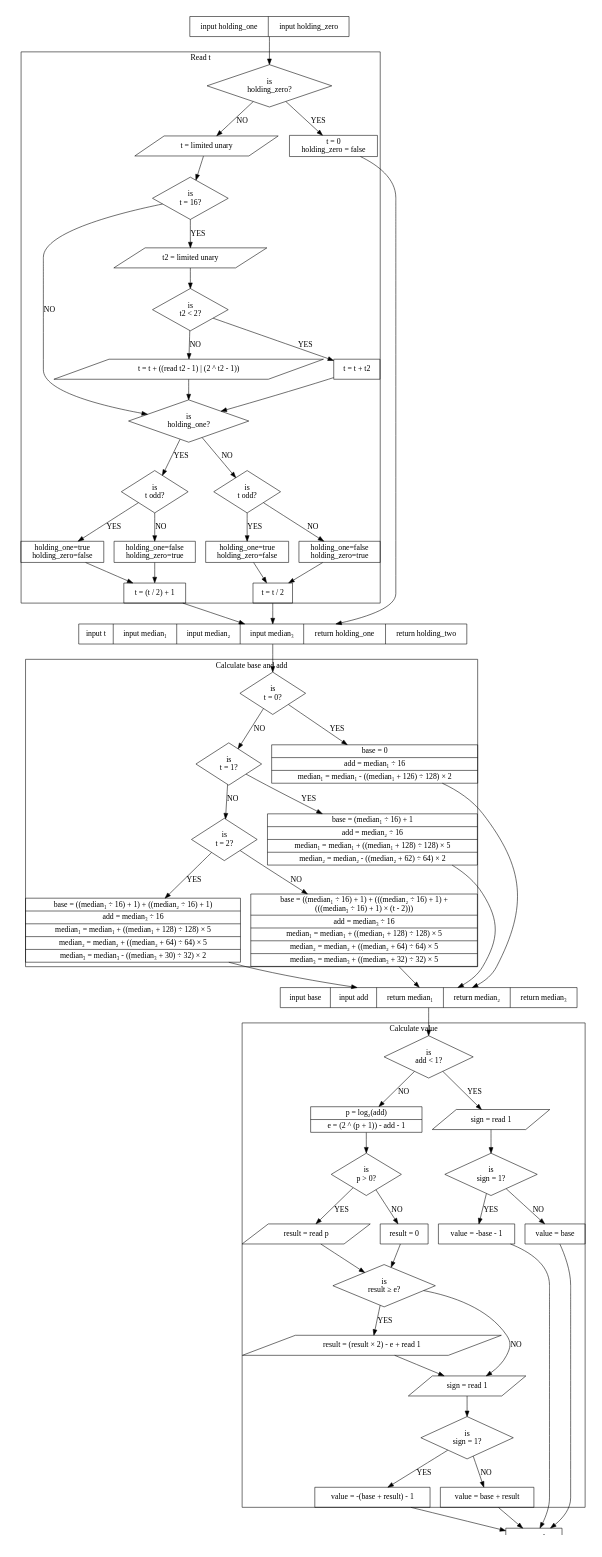
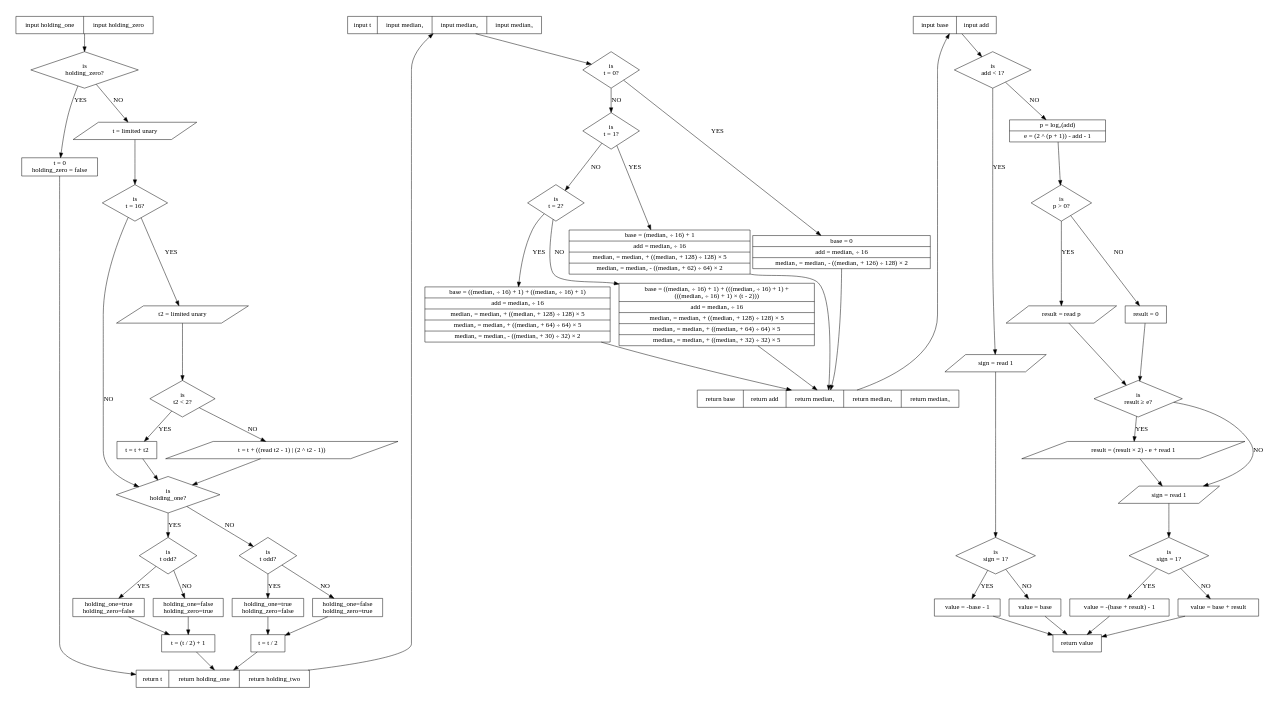
Before and after one commit to tuffy/python-audio-tools: the diagram in docs/reference/figures/wavpack_read_residual.dot, drawn with Graphviz. The commit also changed 3 other files, not shown here.

First line of the commit message:
Add a unified WavPack residual reading sequence to documentation.

```diff
--- a/docs/reference/figures/wavpack_read_residual.dot
+++ b/docs/reference/figures/wavpack_read_residual.dot
@@ -1,139 +1,136 @@
 digraph wavpack_residual {
   node [fontname="DejaVuSans"];
   edge [fontname="DejaVuSans"];
-  size="8.5,11";
+  size="9,6";
   margin=0;
   init1 [shape=record,label="input holding_one|input holding_zero"];
 
   init1 -> test_holding_zero;
   test_holding_zero -> yes_holding_zero [label="YES"];
   test_holding_zero -> read_t [label="NO"];
   read_t -> test_t_16;
   test_t_16 -> test_holding_one [label="NO"];
 
   test_holding_one -> y_h_o_test_t [label="YES"];
   test_holding_one -> n_h_o_test_t [label="NO"];
 
   y_h_o_test_t -> y_h_o_yes_t_odd_update_holding [label="YES"];
   y_h_o_test_t -> y_h_o_yes_t_even_update_holding [label="NO"];
   y_h_o_yes_t_odd_update_holding -> y_h_o_update_t;
   y_h_o_yes_t_even_update_holding -> y_h_o_update_t;
 
   n_h_o_test_t -> n_h_o_yes_t_odd_update_holding [label="YES"];
   n_h_o_test_t -> n_h_o_yes_t_even_update_holding [label="NO"];
   n_h_o_yes_t_odd_update_holding -> n_h_o_update_t;
   n_h_o_yes_t_even_update_holding -> n_h_o_update_t;
 
   test_t_16 -> read_t2 [label="YES"];
   read_t2 -> test_t2;
   test_t2 -> t_inc_t2 [label="YES"];
   test_t2 -> t_inc_read [label="NO"];
   t_inc_t2 -> test_holding_one;
   t_inc_read -> test_holding_one;
 
-  subgraph cluster_t {
-    label="Read t";
-    test_holding_zero [shape=diamond,label="is\nholding_zero?"];
-    yes_holding_zero [shape=box,label="t = 0\nholding_zero = false"];
-    read_t [shape=parallelogram,label="t = limited unary"];
-    test_t_16 [shape=diamond,label="is\nt = 16?"];
 
-    read_t2 [shape=parallelogram,label="t2 = limited unary"];
-    test_t2 [shape=diamond,label="is\nt2 < 2?"];
-    t_inc_t2 [shape=box,label="t = t + t2"];
-    t_inc_read [shape=parallelogram,label="t = t + ((read t2 - 1) | (2 ^ t2 - 1))"];
+  test_holding_zero [shape=diamond,label="is\nholding_zero?"];
+  yes_holding_zero [shape=box,label="t = 0\nholding_zero = false"];
+  read_t [shape=parallelogram,label="t = limited unary"];
+  test_t_16 [shape=diamond,label="is\nt = 16?"];
 
-    test_holding_one [shape=diamond,label="is\nholding_one?"];
+  read_t2 [shape=parallelogram,label="t2 = limited unary"];
+  test_t2 [shape=diamond,label="is\nt2 < 2?"];
+  t_inc_t2 [shape=box,label="t = t + t2"];
+  t_inc_read [shape=parallelogram,label="t = t + ((read t2 - 1) | (2 ^ t2 - 1))"];
 
-    y_h_o_test_t [shape=diamond,label="is\nt odd?"];
-    y_h_o_yes_t_odd_update_holding [shape=box,label="holding_one=true\nholding_zero=false"];
-    y_h_o_yes_t_even_update_holding [shape=box,label="holding_one=false\nholding_zero=true"];
-    y_h_o_update_t [shape=box,label="t = (t / 2) + 1"];
+  test_holding_one [shape=diamond,label="is\nholding_one?"];
 
-    n_h_o_test_t [shape=diamond,label="is\nt odd?"];
-    n_h_o_yes_t_odd_update_holding [shape=box,label="holding_one=true\nholding_zero=false"];
-    n_h_o_yes_t_even_update_holding [shape=box,label="holding_one=false\nholding_zero=true"];
-    n_h_o_update_t [shape=box,label="t = t / 2"];
-  }
+  y_h_o_test_t [shape=diamond,label="is\nt odd?"];
+  y_h_o_yes_t_odd_update_holding [shape=box,label="holding_one=true\nholding_zero=false"];
+  y_h_o_yes_t_even_update_holding [shape=box,label="holding_one=false\nholding_zero=true"];
+  y_h_o_update_t [shape=box,label="t = (t / 2) + 1"];
 
-  y_h_o_update_t -> init2;
-  n_h_o_update_t -> init2;
-  yes_holding_zero -> init2;
+  n_h_o_test_t [shape=diamond,label="is\nt odd?"];
+  n_h_o_yes_t_odd_update_holding [shape=box,label="holding_one=true\nholding_zero=false"];
+  n_h_o_yes_t_even_update_holding [shape=box,label="holding_one=false\nholding_zero=true"];
+  n_h_o_update_t [shape=box,label="t = t / 2"];
 
-  init2 [shape=record,label="input t|input median₁|input median₂|input median₃|return holding_one|return holding_two"];
+  y_h_o_update_t -> done1;
+  n_h_o_update_t -> done1;
+  yes_holding_zero -> done1;
 
-  subgraph cluster_t2 {
-    label="Calculate base and add";
+  done1 [shape=record,label="return t|return holding_one|return holding_two"];
+  init2 [shape=record,label="input t|input median₁|input median₂|input median₃"];
 
-    test_t_0 [shape=diamond,label="is\nt = 0?"];
-    test_t_1 [shape=diamond,label="is\nt = 1?"];
-    test_t_2 [shape=diamond,label="is\nt = 2?"];
+  test_t_0 [shape=diamond,label="is\nt = 0?"];
+  test_t_1 [shape=diamond,label="is\nt = 1?"];
+  test_t_2 [shape=diamond,label="is\nt = 2?"];
 
-    t_0 [shape=record,label="{base = 0|add = median₁ ÷ 16|median₁ = median₁ - ((median₁ + 126) ÷ 128) × 2}"];
-    t_1 [shape=record,label="{base = (median₁ ÷ 16) + 1|add = median₂ ÷ 16|median₁ = median₁ + ((median₁ + 128) ÷ 128) × 5|median₂ = median₂ - ((median₂ + 62) ÷ 64) × 2}"];
-    t_2 [shape=record,label="{base = ((median₁ ÷ 16) + 1) + ((median₂ ÷ 16) + 1)|add = median₃ ÷ 16|median₁ = median₁ + ((median₁ + 128) ÷ 128) × 5|median₂ = median₂ + ((median₂ + 64) ÷ 64) × 5|median₃ = median₃ - ((median₃ + 30) ÷ 32) × 2}"];
+  t_0 [shape=record,label="{base = 0|add = median₁ ÷ 16|median₁ = median₁ - ((median₁ + 126) ÷ 128) × 2}"];
+  t_1 [shape=record,label="{base = (median₁ ÷ 16) + 1|add = median₂ ÷ 16|median₁ = median₁ + ((median₁ + 128) ÷ 128) × 5|median₂ = median₂ - ((median₂ + 62) ÷ 64) × 2}"];
+  t_2 [shape=record,label="{base = ((median₁ ÷ 16) + 1) + ((median₂ ÷ 16) + 1)|add = median₃ ÷ 16|median₁ = median₁ + ((median₁ + 128) ÷ 128) × 5|median₂ = median₂ + ((median₂ + 64) ÷ 64) × 5|median₃ = median₃ - ((median₃ + 30) ÷ 32) × 2}"];
 
-    t_default [shape=record,label="{base = ((median₁ ÷ 16) + 1) + (((median₂ ÷ 16) + 1) +\n(((median₃ ÷ 16) + 1) × (t - 2)))|add = median₃ ÷ 16|median₁ = median₁ + ((median₁ + 128) ÷ 128) × 5|median₂ = median₂ + ((median₂ + 64) ÷ 64) × 5|median₃ = median₃ + ((median₃ + 32) ÷ 32) × 5}"];
-  }
+  t_default [shape=record,label="{base = ((median₁ ÷ 16) + 1) + (((median₂ ÷ 16) + 1) +\n(((median₃ ÷ 16) + 1) × (t - 2)))|add = median₃ ÷ 16|median₁ = median₁ + ((median₁ + 128) ÷ 128) × 5|median₂ = median₂ + ((median₂ + 64) ÷ 64) × 5|median₃ = median₃ + ((median₃ + 32) ÷ 32) × 5}"];
 
   init2 -> test_t_0;
   test_t_0 -> test_t_1 [label="NO"];
   test_t_1 -> test_t_2 [label="NO"];
   test_t_2 -> t_default [label="NO"];
   test_t_0 -> t_0 [label="YES"];
   test_t_1 -> t_1 [label="YES"];
   test_t_2 -> t_2 [label="YES"];
 
-  t_0 -> init3;
-  t_1 -> init3;
-  t_2 -> init3;
-  t_default -> init3;
+  t_0 -> done2;
+  t_1 -> done2;
+  t_2 -> done2;
+  t_default -> done2;
 
-  init3 [shape=record,label="input base|input add|return median₁|return median₂|return median₃"];
+  done2 [shape=record,label="return base|return add|return median₁|return median₂|return median₃"];
+  init3 [shape=record,label="input base|input add"];
   done3 [shape=record,label="{return value}"];
 
-  subgraph cluster_residual3 {
-    label="Calculate value";
 
-    test_add [shape=diamond,label="is\nadd < 1?"];
-    sign1 [shape=parallelogram,label="sign = read 1"];
-    test_sign_1 [shape=diamond,label="is\nsign = 1?"];
-    test_sign_1_yes [shape=box,label="value = -base - 1"];
-    test_sign_1_no [shape=box,label="value = base"];
+  test_add [shape=diamond,label="is\nadd < 1?"];
+  sign1 [shape=parallelogram,label="sign = read 1"];
+  test_sign_1 [shape=diamond,label="is\nsign = 1?"];
+  test_sign_1_yes [shape=box,label="value = -base - 1"];
+  test_sign_1_no [shape=box,label="value = base"];
 
-    calc_p_e [shape=record,label="{p = log₂(add)|e = (2 ^ (p + 1)) - add - 1}"];
-    test_p [shape=diamond,label="is\np > 0?"];
-    result1_read [shape=parallelogram,label="result = read p"];
-    result1_assign [shape=box,label="result = 0"];
+  calc_p_e [shape=record,label="{p = log₂(add)|e = (2 ^ (p + 1)) - add - 1}"];
+  test_p [shape=diamond,label="is\np > 0?"];
+  result1_read [shape=parallelogram,label="result = read p"];
+  result1_assign [shape=box,label="result = 0"];
 
-    test_result [shape=diamond,label="is\nresult ≥ e?"];
-    test_result_yes [shape=parallelogram,label="result = (result × 2) - e + read 1"];
-    sign2 [shape=parallelogram,label="sign = read 1"];
-    test_sign_2 [shape=diamond,label="is\nsign = 1?"];
-    test_sign_2_yes [shape=box,label="value = -(base + result) - 1"];
-    test_sign_2_no [shape=box,label="value = base + result"];
-  }
+  test_result [shape=diamond,label="is\nresult ≥ e?"];
+  test_result_yes [shape=parallelogram,label="result = (result × 2) - e + read 1"];
+  sign2 [shape=parallelogram,label="sign = read 1"];
+  test_sign_2 [shape=diamond,label="is\nsign = 1?"];
+  test_sign_2_yes [shape=box,label="value = -(base + result) - 1"];
+  test_sign_2_no [shape=box,label="value = base + result"];
 
   init3 -> test_add;
   test_add -> sign1 [label="YES"];
   sign1 -> test_sign_1;
   test_sign_1 -> test_sign_1_yes [label="YES"];
   test_sign_1 -> test_sign_1_no [label="NO"];
   test_sign_1_yes -> done3;
   test_sign_1_no -> done3;
   test_add -> calc_p_e [label="NO"];
   calc_p_e -> test_p;
   test_p -> result1_read [label="YES"];
   test_p -> result1_assign [label="NO"];
   result1_read -> test_result;
   result1_assign -> test_result;
   test_result -> test_result_yes [label="YES"];
   test_result -> sign2 [label="NO"];
   test_result_yes -> sign2;
   sign2 -> test_sign_2;
   test_sign_2 -> test_sign_2_yes [label="YES"];
   test_sign_2 -> test_sign_2_no [label="NO"];
   test_sign_2_yes -> done3;
   test_sign_2_no -> done3;
 
+  done1->init2;
+  done2->init3;
+
+  {rank="same"; init1; init2; init3;}
 }
```
